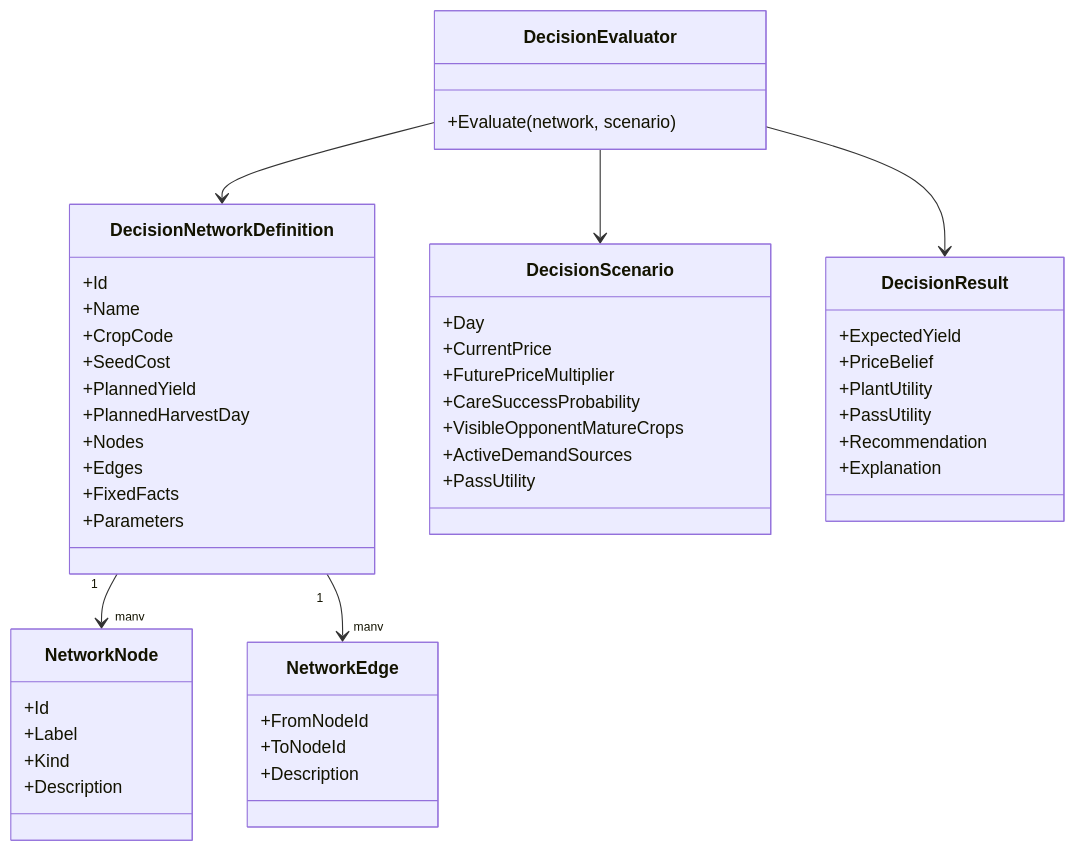
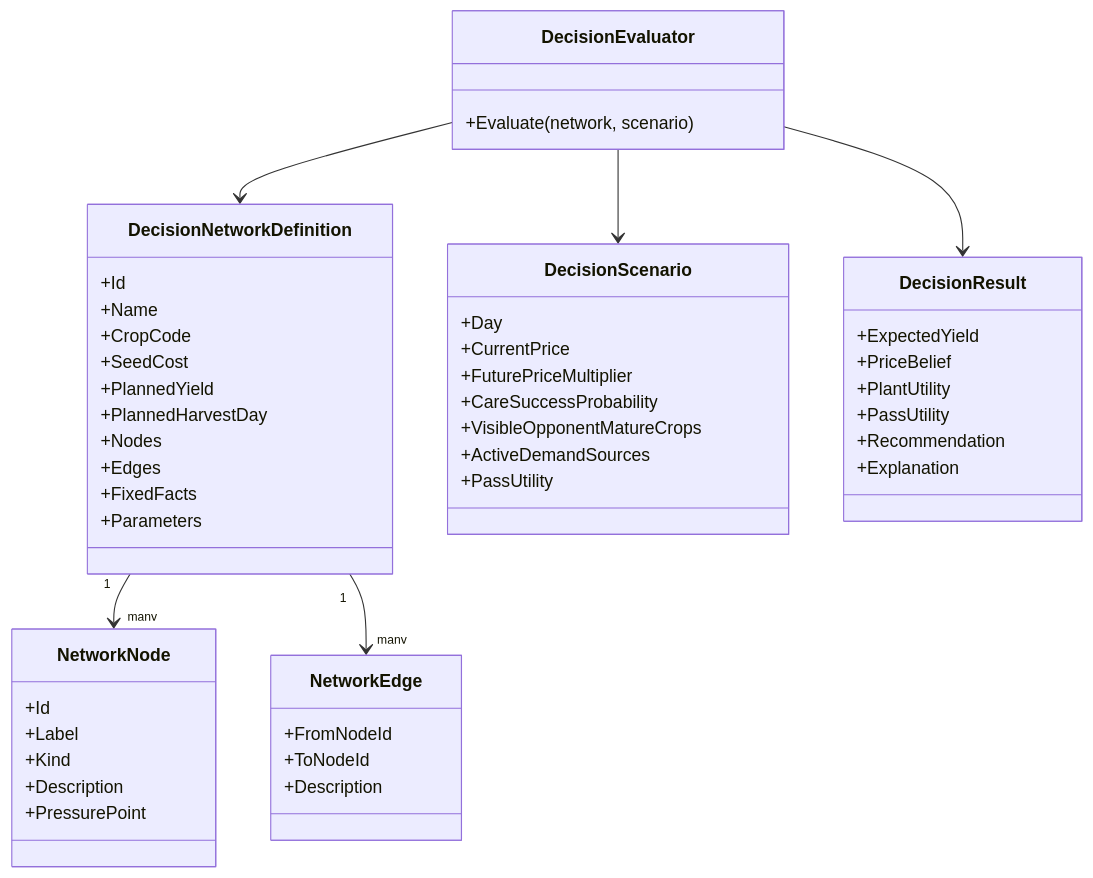
One commit to Applied-Agent-Works/kaggriculture changed the third of 6 diagrams in labs/decision-network-lab/README.md. Above: the diagram before and after it, drawn with Mermaid. The commit also changed other lines of this file and 14 other files, not shown here.

First line of the commit message:
Render decision networks with interactive Mermaid SVG

````diff
--- a/labs/decision-network-lab/README.md
+++ b/labs/decision-network-lab/README.md
@@ -288,57 +305,58 @@
 ```mermaid
 classDiagram
     class DecisionNetworkDefinition {
         +Id
         +Name
         +CropCode
         +SeedCost
         +PlannedYield
         +PlannedHarvestDay
         +Nodes
         +Edges
         +FixedFacts
         +Parameters
     }
 
     class DecisionScenario {
         +Day
         +CurrentPrice
         +FuturePriceMultiplier
         +CareSuccessProbability
         +VisibleOpponentMatureCrops
         +ActiveDemandSources
         +PassUtility
     }
 
     class DecisionEvaluator {
         +Evaluate(network, scenario)
     }
 
     class DecisionResult {
         +ExpectedYield
         +PriceBelief
         +PlantUtility
         +PassUtility
         +Recommendation
         +Explanation
     }
 
     class NetworkNode {
         +Id
         +Label
         +Kind
         +Description
+        +PressurePoint
     }
 
     class NetworkEdge {
         +FromNodeId
         +ToNodeId
         +Description
     }
 
     DecisionNetworkDefinition "1" --> "many" NetworkNode
     DecisionNetworkDefinition "1" --> "many" NetworkEdge
     DecisionEvaluator --> DecisionNetworkDefinition
     DecisionEvaluator --> DecisionScenario
     DecisionEvaluator --> DecisionResult
 ```
````
